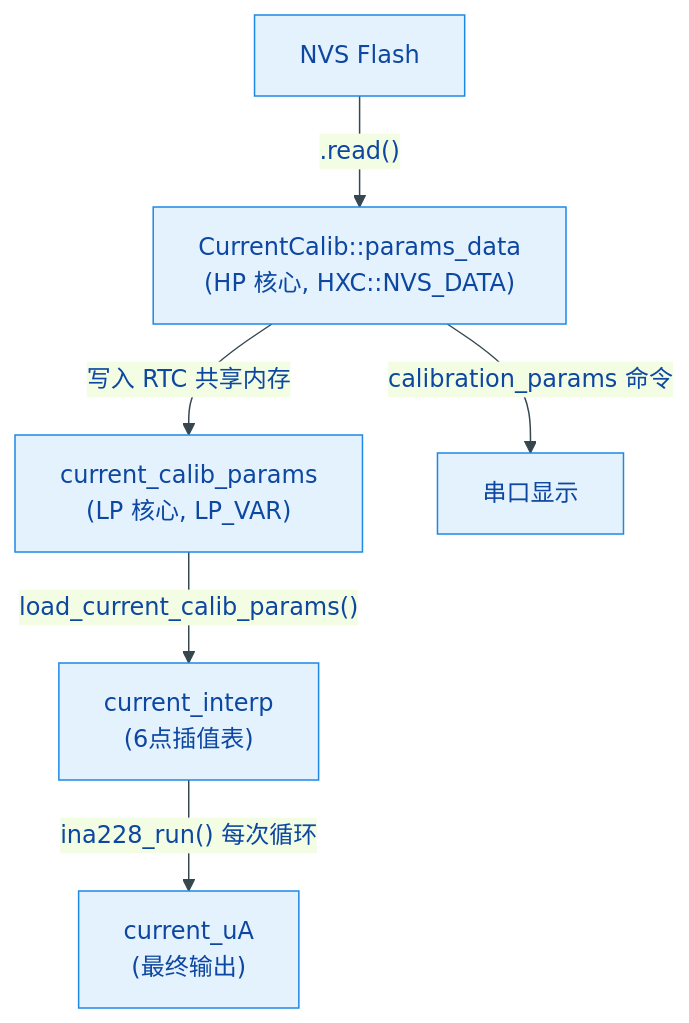
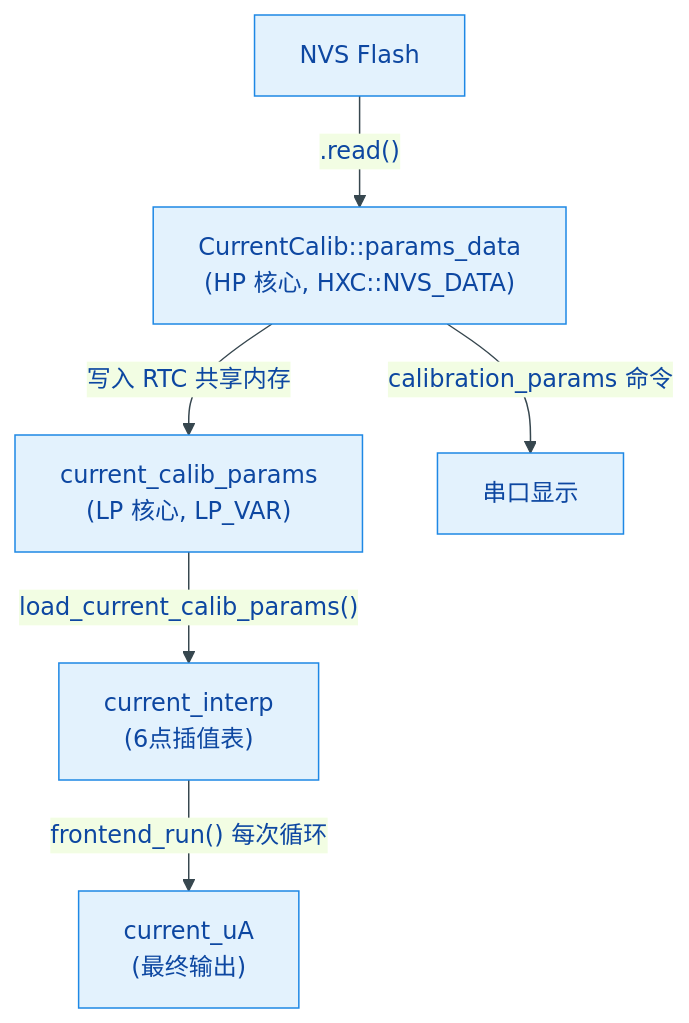
The diagram in components/app/current_calibration/README.md (qingmeijiupiao/Wireless_power_meter_pro_v2), drawn with Mermaid before and after one commit. The commit also changed other lines of this file and 23 other files, not shown here.

````diff
--- a/components/app/current_calibration/README.md
+++ b/components/app/current_calibration/README.md
@@ -229,9 +229,9 @@
 ```mermaid
 %%{init: { 'theme': 'base', 'themeVariables': { 'primaryColor': '#E3F2FD', 'primaryBorderColor': '#1E88E5', 'primaryTextColor': '#0D47A1', 'lineColor': '#37474F' } }}%%
 flowchart TD
     NVS["NVS Flash"] -->|".read()"| HP["CurrentCalib::params_data<br/>(HP 核心, HXC::NVS_DATA)"]
     HP -->|"写入 RTC 共享内存"| RTC["current_calib_params<br/>(LP 核心, LP_VAR)"]
     RTC -->|"load_current_calib_params()"| INTERP["current_interp<br/>(6点插值表)"]
-    INTERP -->|"ina228_run() 每次循环"| OUT["current_uA<br/>(最终输出)"]
+    INTERP -->|"frontend_run() 每次循环"| OUT["current_uA<br/>(最终输出)"]
     HP -->|"calibration_params 命令"| DISPLAY["串口显示"]
 ```
````
